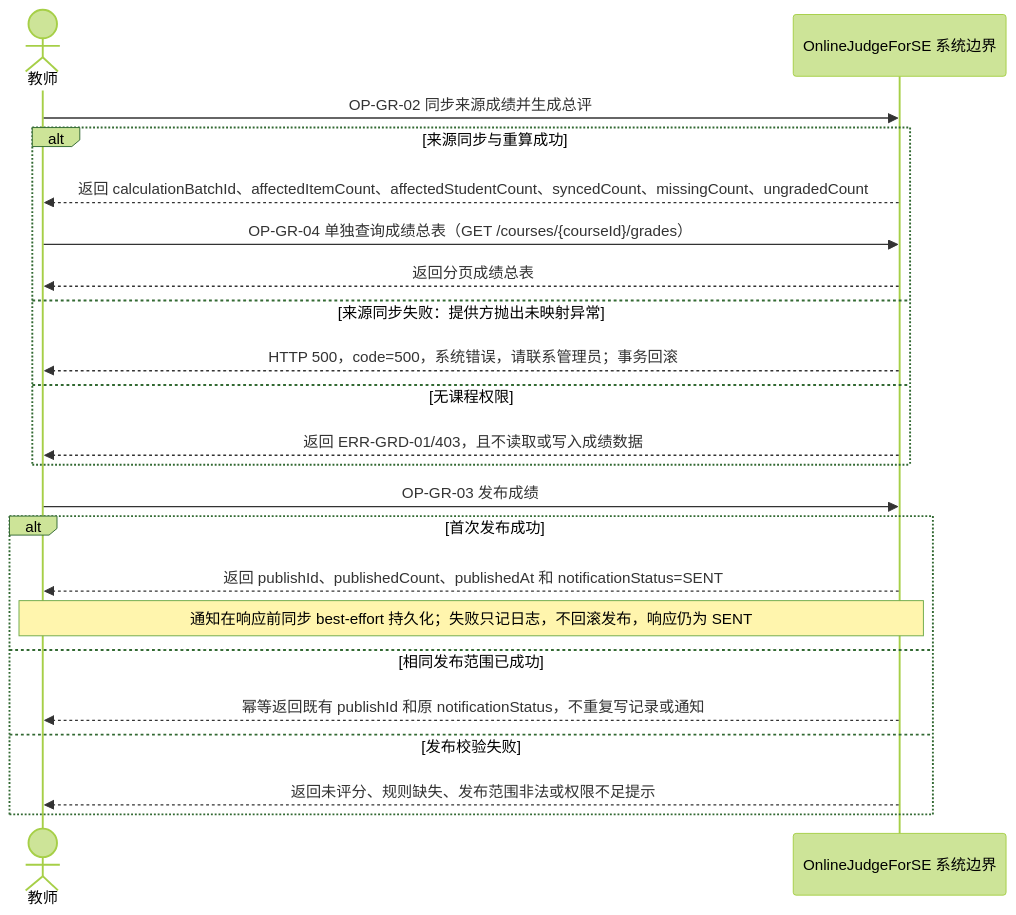
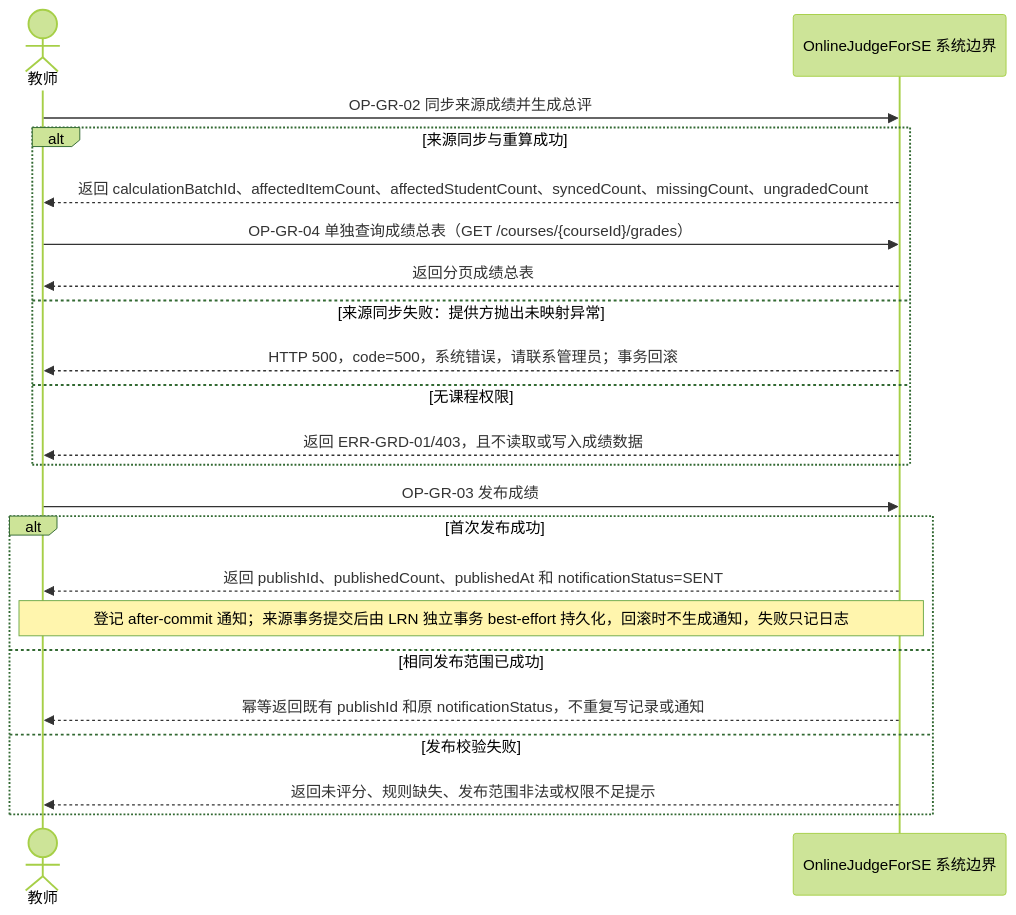
Before and after one commit to Cr4zyorange/OnlineJudge: the diagram in docs/diagrams/srs/fig_4_15_grade_flow_ssd.mmd, drawn with Mermaid (forest theme). The commit also changed 13 other files, not shown here.

```diff
--- a/docs/diagrams/srs/fig_4_15_grade_flow_ssd.mmd
+++ b/docs/diagrams/srs/fig_4_15_grade_flow_ssd.mmd
@@ -1,22 +1,22 @@
 sequenceDiagram
   actor Teacher as 教师
   participant System as OnlineJudgeForSE 系统边界
   Teacher->>System: OP-GR-02 同步来源成绩并生成总评
   alt 来源同步与重算成功
     System-->>Teacher: 返回 calculationBatchId、affectedItemCount、affectedStudentCount、syncedCount、missingCount、ungradedCount
     Teacher->>System: OP-GR-04 单独查询成绩总表（GET /courses/{courseId}/grades）
     System-->>Teacher: 返回分页成绩总表
   else 来源同步失败：提供方抛出未映射异常
     System-->>Teacher: HTTP 500，code=500，系统错误，请联系管理员；事务回滚
   else 无课程权限
     System-->>Teacher: 返回 ERR-GRD-01/403，且不读取或写入成绩数据
   end
   Teacher->>System: OP-GR-03 发布成绩
   alt 首次发布成功
     System-->>Teacher: 返回 publishId、publishedCount、publishedAt 和 notificationStatus=SENT
-    Note over Teacher,System: 通知在响应前同步 best-effort 持久化；失败只记日志，不回滚发布，响应仍为 SENT
+    Note over Teacher,System: 登记 after-commit 通知；来源事务提交后由 LRN 独立事务 best-effort 持久化，回滚时不生成通知，失败只记日志
   else 相同发布范围已成功
     System-->>Teacher: 幂等返回既有 publishId 和原 notificationStatus，不重复写记录或通知
   else 发布校验失败
     System-->>Teacher: 返回未评分、规则缺失、发布范围非法或权限不足提示
   end
```
